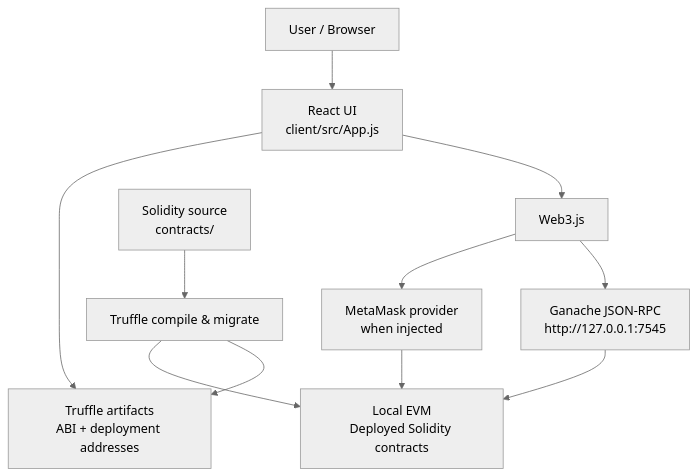
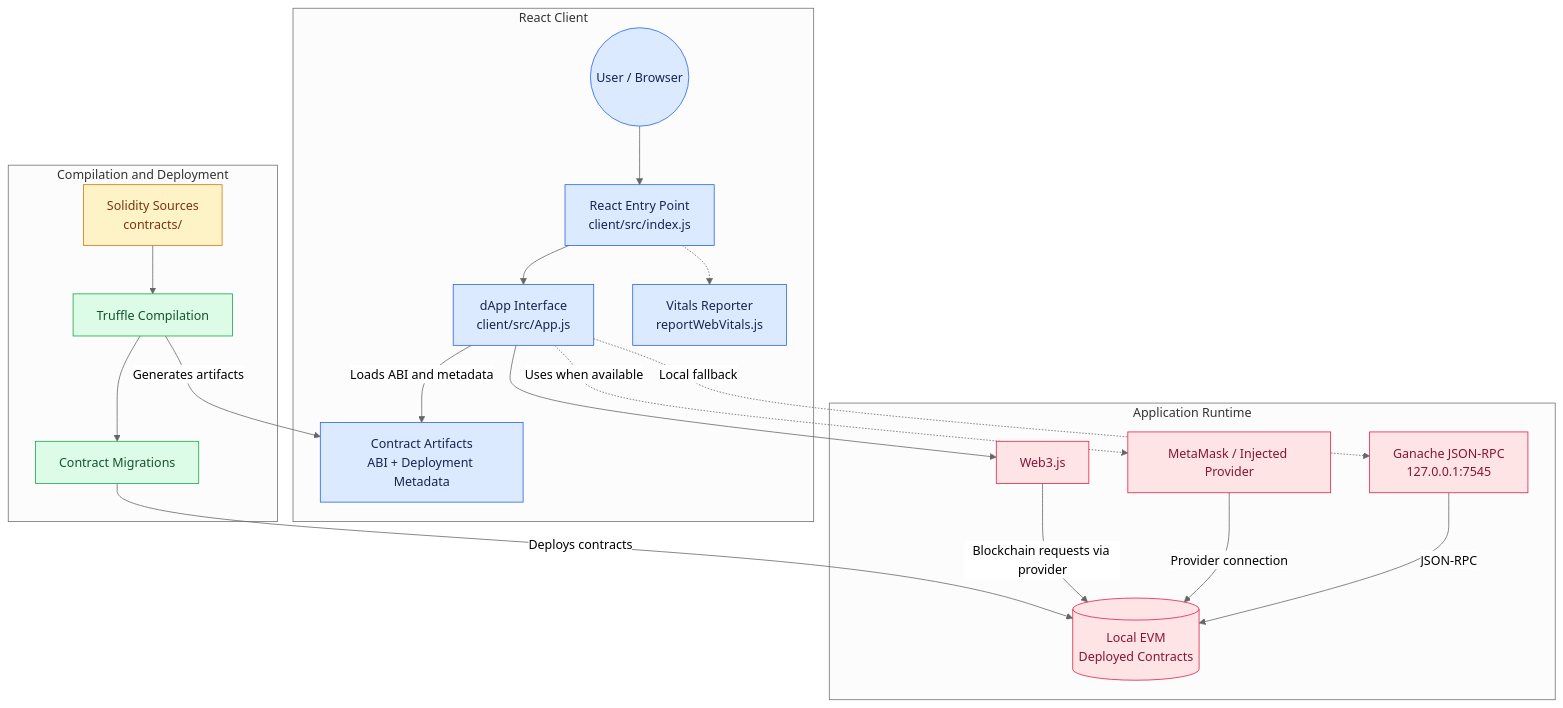
The first of 2 diagrams in README.md (Ellouzati-Mohammed/blockchain_project), drawn with Mermaid (neutral theme) before and after one commit. The commit also changed other lines of this file, not shown here.

````diff
--- a/README.md
+++ b/README.md
@@ -38,23 +67,50 @@
 ```mermaid
 flowchart TB
-    U[User / Browser]
-    UI[React UI<br/>client/src/App.js]
-    ABI[Truffle artifacts<br/>ABI + deployment addresses]
-    W3[Web3.js]
-    MM[MetaMask provider<br/>when injected]
-    RPC[Ganache JSON-RPC<br/>http://127.0.0.1:7545]
-    EVM[Local EVM<br/>Deployed Solidity contracts]
-    TR[Truffle compile & migrate]
-    SRC[Solidity source<br/>contracts/]
+    subgraph CLIENT["React Client"]
+        USER((User / Browser))
+        ENTRY["React Entry Point<br/>client/src/index.js"]
+        APP["dApp Interface<br/>client/src/App.js"]
+        VITALS["Vitals Reporter<br/>reportWebVitals.js"]
+        ARTIFACTS["Contract Artifacts<br/>ABI + Deployment Metadata"]
 
-    U --> UI
-    UI --> ABI
-    UI --> W3
-    W3 --> MM
-    W3 --> RPC
-    MM --> EVM
-    RPC --> EVM
-    SRC --> TR
-    TR --> EVM
-    TR --> ABI
+        USER --> ENTRY
+        ENTRY --> APP
+        ENTRY -.-> VITALS
+        APP -->|"Loads ABI and metadata"| ARTIFACTS
+    end
+
+    subgraph DEVELOPMENT["Compilation and Deployment"]
+        SRC["Solidity Sources<br/>contracts/"]
+        COMPILE["Truffle Compilation"]
+        MIG["Contract Migrations"]
+    end
+
+    subgraph RUNTIME["Application Runtime"]
+        WEB3["Web3.js"]
+        MM["MetaMask / Injected Provider"]
+        RPC["Ganache JSON-RPC<br/>127.0.0.1:7545"]
+        EVM[("Local EVM<br/>Deployed Contracts")]
+    end
+
+    SRC --> COMPILE
+    COMPILE -->|"Generates artifacts"| ARTIFACTS
+    COMPILE --> MIG
+    MIG -->|"Deploys contracts"| EVM
+
+    APP --> WEB3
+    APP -.->|"Uses when available"| MM
+    APP -.->|"Local fallback"| RPC
+    WEB3 -->|"Blockchain requests via provider"| EVM
+    MM -->|"Provider connection"| EVM
+    RPC -->|"JSON-RPC"| EVM
+
+    classDef client fill:#dbeafe,stroke:#2563eb,color:#172554
+    classDef solidity fill:#fef3c7,stroke:#d97706,color:#78350f
+    classDef deployment fill:#dcfce7,stroke:#16a34a,color:#14532d
+    classDef blockchain fill:#ffe4e6,stroke:#e11d48,color:#881337
+
+    class ENTRY,APP,VITALS,ARTIFACTS,USER client
+    class SRC solidity
+    class COMPILE,MIG deployment
+    class WEB3,MM,RPC,EVM blockchain
 ```
````
